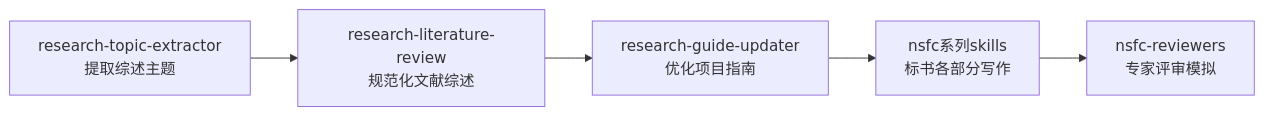
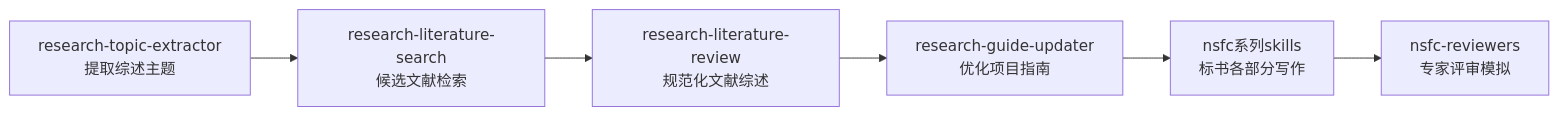
One commit to ysm827/ChineseResearchLaTeX changed the diagram in skills/README.md. Above: the diagram before and after it, drawn with Mermaid. The commit also changed other lines of this file and 35 other files, not shown here.

First line of the commit message:
feat(skills): 拆分出 research-literature-search 并重构 review 检索接口

````diff
--- a/skills/README.md
+++ b/skills/README.md
@@ -11,7 +11,8 @@
 ```mermaid
 graph LR
-    A[research-topic-extractor<br>提取综述主题] --> B[research-literature-review<br>规范化文献综述]
+    A[research-topic-extractor<br>提取综述主题] --> S[research-literature-search<br>候选文献检索]
+    S --> B[research-literature-review<br>规范化文献综述]
     B --> C[research-guide-updater<br>优化项目指南]
     C --> D[nsfc系列skills<br>标书各部分写作]
     D --> F[nsfc-reviewers<br>专家评审模拟]
 ```
````
